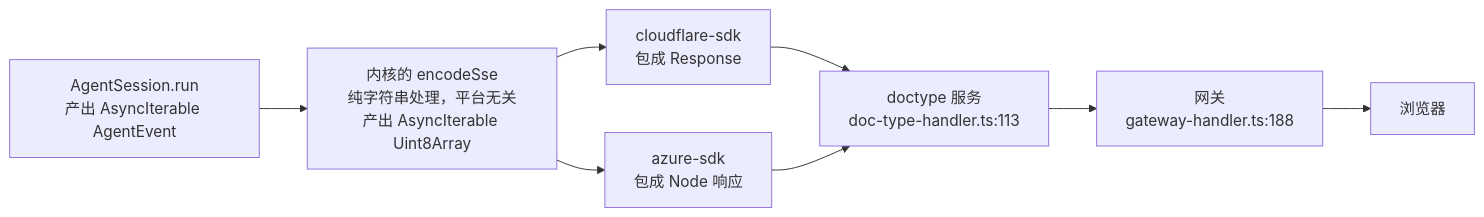
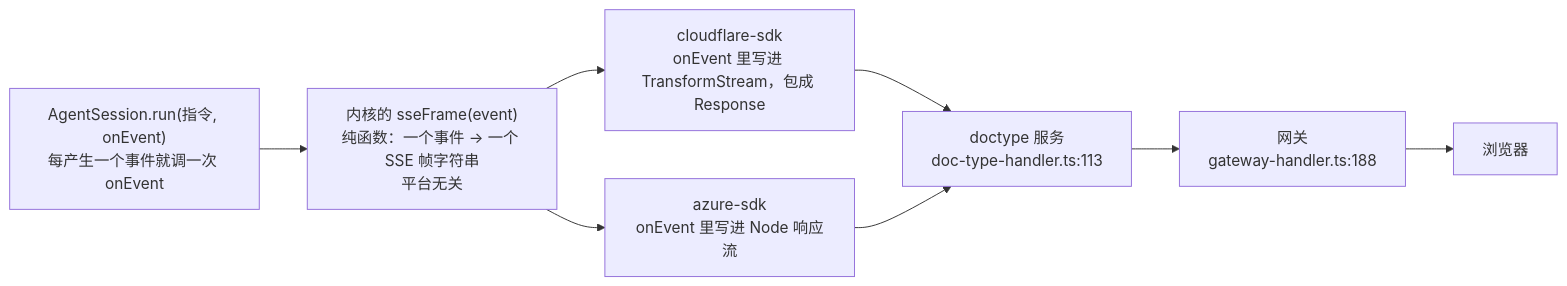
Before and after one commit to shazhou-ww/unidocs: diagram 15 of 17 in docs/superpowers/specs/2026-08-26-agent-sdk-design.md, drawn with Mermaid. The commit also changed other lines of this file, not shown here.

First line of the commit message:
docs(agent-sdk): 全文一致性核查,修 15 处没跟上的地方

````diff
--- a/docs/superpowers/specs/2026-08-26-agent-sdk-design.md
+++ b/docs/superpowers/specs/2026-08-26-agent-sdk-design.md
@@ -1457,10 +1457,10 @@
 ```mermaid
 flowchart LR
-    S["AgentSession.run<br/>产出 AsyncIterable AgentEvent"] --> E["内核的 encodeSse<br/>纯字符串处理，平台无关<br/>产出 AsyncIterable Uint8Array"]
-    E --> P1["cloudflare-sdk<br/>包成 Response"]
-    E --> P2["azure-sdk<br/>包成 Node 响应"]
+    S["AgentSession.run(指令, onEvent)<br/>每产生一个事件就调一次 onEvent"] --> E["内核的 sseFrame(event)<br/>纯函数：一个事件 → 一个 SSE 帧字符串<br/>平台无关"]
+    E --> P1["cloudflare-sdk<br/>onEvent 里写进 TransformStream，包成 Response"]
+    E --> P2["azure-sdk<br/>onEvent 里写进 Node 响应流"]
     P1 --> W["doctype 服务<br/>doc-type-handler.ts:113"]
     P2 --> W
     W --> G["网关<br/>gateway-handler.ts:188"]
     G --> B["浏览器"]
 ```
````
